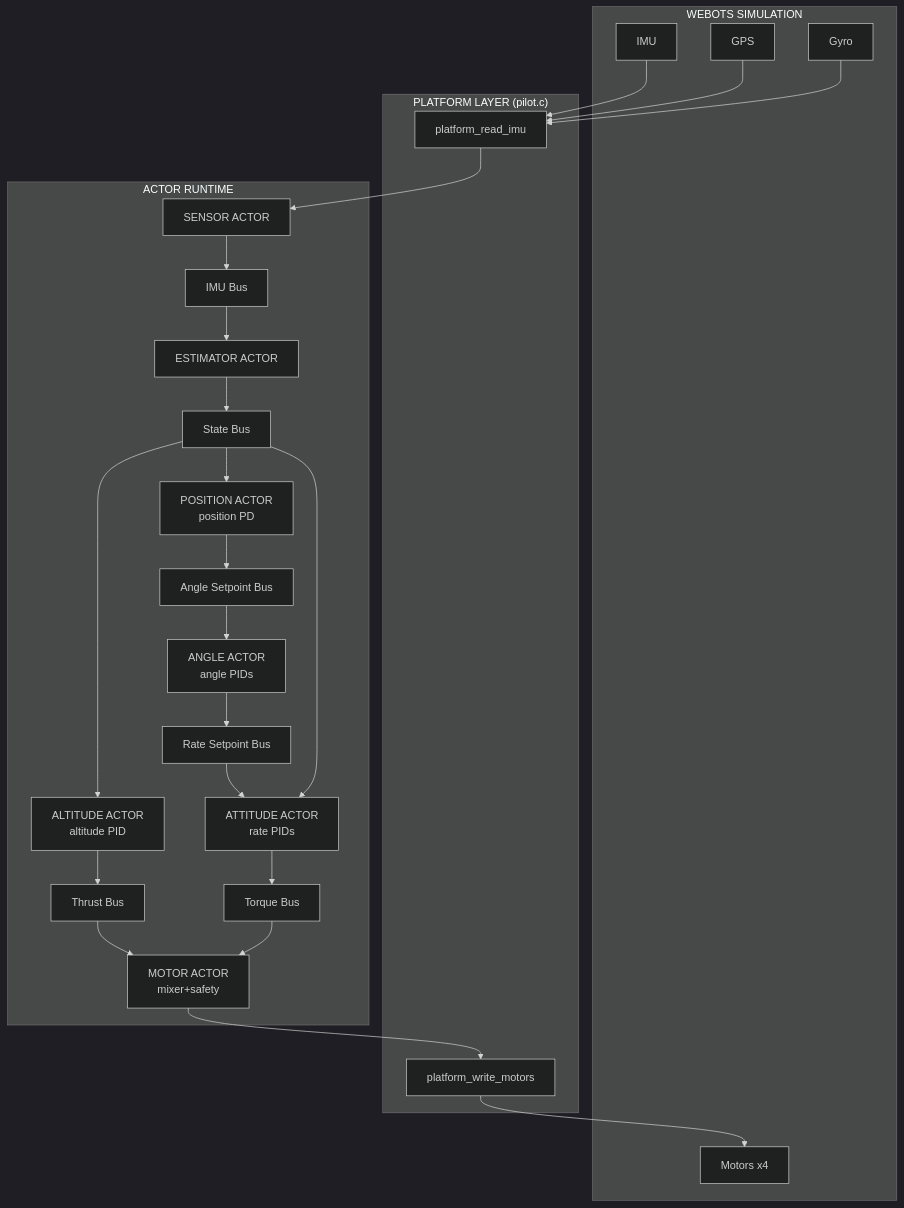
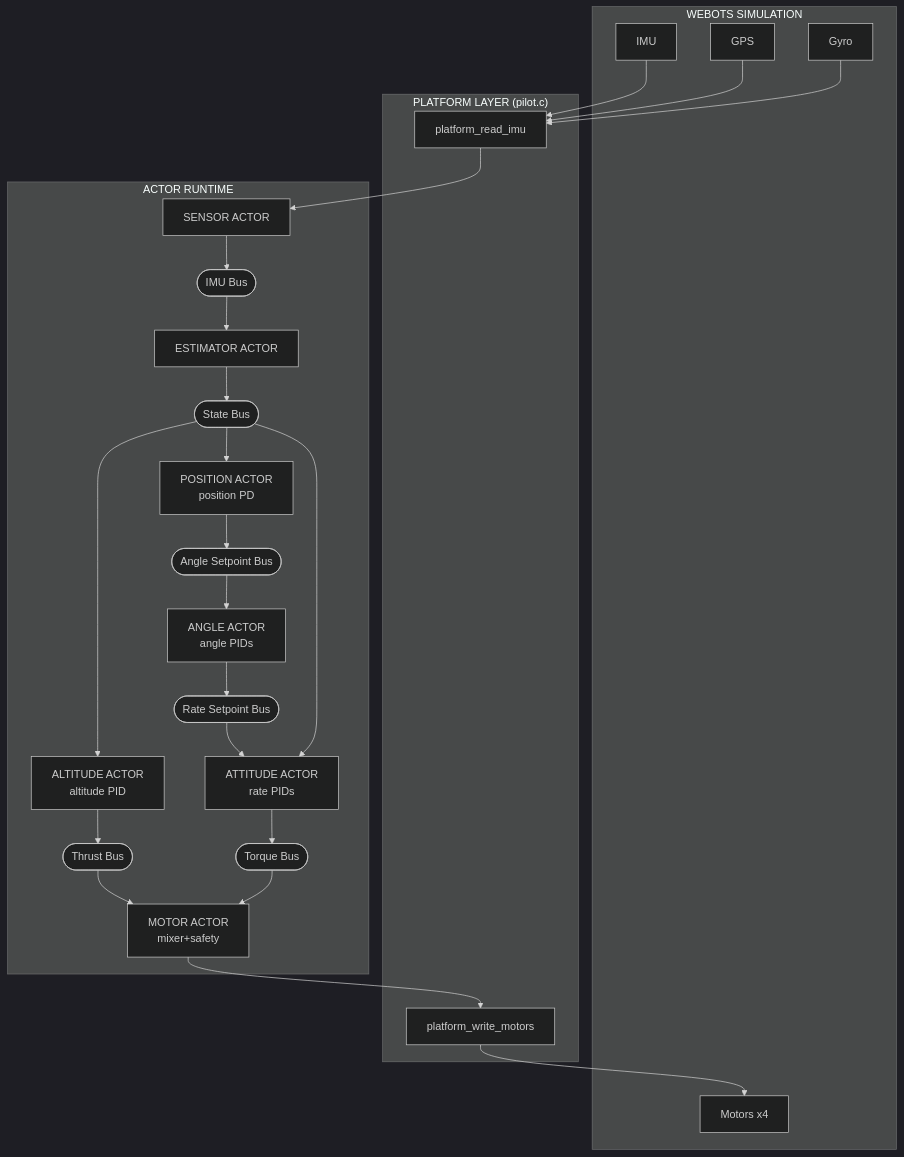
One commit to joagre/rt changed the first of 3 diagrams in examples/pilot/SPEC.md. Above: the diagram before and after it, drawn with Mermaid (dark theme). The commit also changed 1 other file, not shown here.

Commit message:
Use stadium shapes for buses in all Mermaid diagrams
Buses now use ([stadium]) shape to visually distinguish from
actors which use [rectangle] shape. Applied consistently to
Architecture Overview in both SPEC.md and README.md.

````diff
--- a/examples/pilot/SPEC.md
+++ b/examples/pilot/SPEC.md
@@ -65,46 +65,46 @@
 ```mermaid
 graph TB
     subgraph WEBOTS["WEBOTS SIMULATION"]
         IMU[IMU]
         GPS[GPS]
         Gyro[Gyro]
         Motors[Motors x4]
     end
 
     subgraph PLATFORM["PLATFORM LAYER (pilot.c)"]
         ReadIMU[platform_read_imu]
         WriteMotors[platform_write_motors]
     end
 
     subgraph RUNTIME["ACTOR RUNTIME"]
         Sensor[SENSOR ACTOR]
-        IMUBus[IMU Bus]
+        IMUBus([IMU Bus])
         Estimator[ESTIMATOR ACTOR]
-        StateBus[State Bus]
+        StateBus([State Bus])
 
         Altitude[ALTITUDE ACTOR<br/>altitude PID]
         Position[POSITION ACTOR<br/>position PD]
         Attitude[ATTITUDE ACTOR<br/>rate PIDs]
 
-        ThrustBus[Thrust Bus]
-        AngleSPBus[Angle Setpoint Bus]
+        ThrustBus([Thrust Bus])
+        AngleSPBus([Angle Setpoint Bus])
         Angle[ANGLE ACTOR<br/>angle PIDs]
-        RateSPBus[Rate Setpoint Bus]
-        TorqueBus[Torque Bus]
+        RateSPBus([Rate Setpoint Bus])
+        TorqueBus([Torque Bus])
         Motor[MOTOR ACTOR<br/>mixer+safety]
     end
 
     IMU --> ReadIMU
     GPS --> ReadIMU
     Gyro --> ReadIMU
     WriteMotors --> Motors
 
     ReadIMU --> Sensor
     Sensor --> IMUBus --> Estimator --> StateBus
 
     StateBus --> Altitude --> ThrustBus --> Motor
     StateBus --> Position --> AngleSPBus --> Angle --> RateSPBus --> Attitude
     StateBus --> Attitude --> TorqueBus --> Motor
 
     Motor --> WriteMotors
 ```
````
